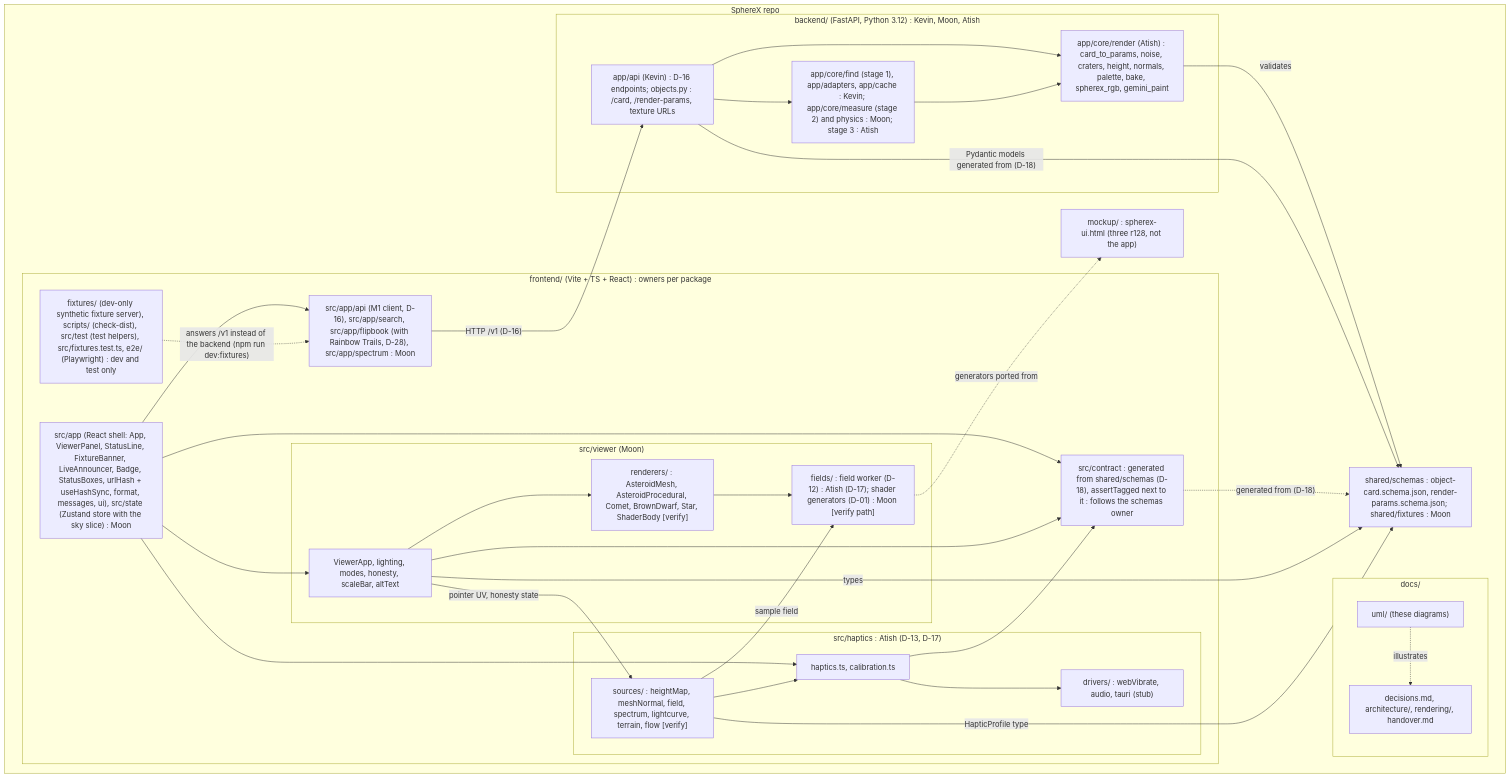
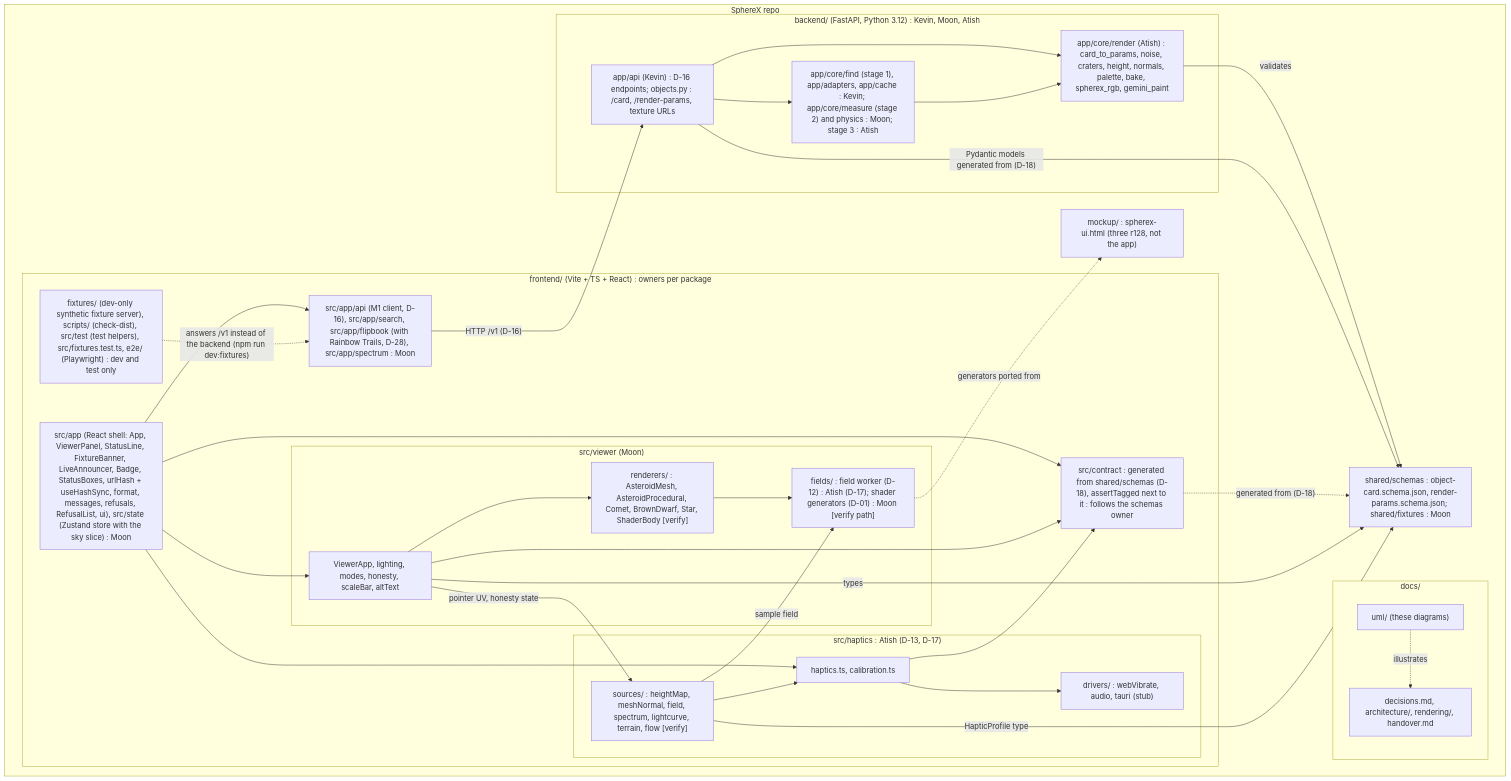
The diagram in docs/uml/04-package.md (0ffrian/SphereX), drawn with Mermaid before and after one commit. The commit also changed 21 other files, not shown here.

````diff
--- a/docs/uml/04-package.md
+++ b/docs/uml/04-package.md
@@ -5,62 +5,62 @@
 ```mermaid
 flowchart TB
   subgraph Repo["SphereX repo"]
     subgraph Docs["docs/"]
       DocSpecs["decisions.md, architecture/, rendering/, handover.md"]
       DocUML["uml/ (these diagrams)"]
     end
 
     Mockup["mockup/ : spherex-ui.html (three r128, not the app)"]
 
     subgraph Backend["backend/ (FastAPI, Python 3.12) : Kevin, Moon, Atish"]
       BApi["app/api (Kevin) : D-16 endpoints; objects.py : /card, /render-params, texture URLs"]
       BPipe["app/core/find (stage 1), app/adapters, app/cache : Kevin; app/core/measure (stage 2) and physics : Moon; stage 3 : Atish"]
       BRender["app/core/render (Atish) : card_to_params, noise, craters, height, normals, palette, bake, spherex_rgb, gemini_paint"]
     end
 
     subgraph Frontend["frontend/ (Vite + TS + React) : owners per package"]
-      FApp["src/app (React shell: App, ViewerPanel, StatusLine, FixtureBanner, LiveAnnouncer, Badge, StatusBoxes, urlHash + useHashSync, format, messages, ui), src/state (Zustand store with the sky slice) : Moon"]
+      FApp["src/app (React shell: App, ViewerPanel, StatusLine, FixtureBanner, LiveAnnouncer, Badge, StatusBoxes, urlHash + useHashSync, format, messages, refusals, RefusalList, ui), src/state (Zustand store with the sky slice) : Moon"]
       FFlip["src/app/api (M1 client, D-16), src/app/search, src/app/flipbook (with Rainbow Trails, D-28), src/app/spectrum : Moon"]
       FDev["fixtures/ (dev-only synthetic fixture server), scripts/ (check-dist), src/test (test helpers), src/fixtures.test.ts, e2e/ (Playwright) : dev and test only"]
       FContract["src/contract : generated from shared/schemas (D-18), assertTagged next to it : follows the schemas owner"]
       subgraph FViewer["src/viewer (Moon)"]
         VCore["ViewerApp, lighting, modes, honesty, scaleBar, altText"]
         VRend["renderers/ : AsteroidMesh, AsteroidProcedural, Comet, BrownDwarf, Star, ShaderBody [verify]"]
         VFields["fields/ : field worker (D-12) : Atish (D-17); shader generators (D-01) : Moon [verify path]"]
       end
       subgraph FHaptics["src/haptics : Atish (D-13, D-17)"]
         HCore["haptics.ts, calibration.ts"]
         HDrivers["drivers/ : webVibrate, audio, tauri (stub)"]
         HSources["sources/ : heightMap, meshNormal, field, spectrum, lightcurve, terrain, flow [verify]"]
       end
     end
 
     Schemas["shared/schemas : object-card.schema.json, render-params.schema.json; shared/fixtures : Moon"]
   end
 
   DocUML -.->|"illustrates"| DocSpecs
   BApi --> BPipe
   BApi --> BRender
   BPipe --> BRender
   BRender -->|"validates"| Schemas
   BApi -->|"Pydantic models generated from (D-18)"| Schemas
 
   FApp --> VCore
   FApp --> FContract
   VCore --> FContract
   HCore --> FContract
   FContract -.->|"generated from (D-18)"| Schemas
   FApp --> HCore
   FApp --> FFlip
   FFlip -->|"HTTP /v1 (D-16)"| BApi
   FDev -.->|"answers /v1 instead of the backend (npm run dev:fixtures)"| FFlip
   VCore --> VRend
   VRend --> VFields
   VCore -->|"pointer UV, honesty state"| HSources
   HSources --> HCore
   HSources -->|"sample field"| VFields
   HCore --> HDrivers
   VCore -->|"types"| Schemas
   HSources -->|"HapticProfile type"| Schemas
   VFields -.->|"generators ported from"| Mockup
 ```
````
